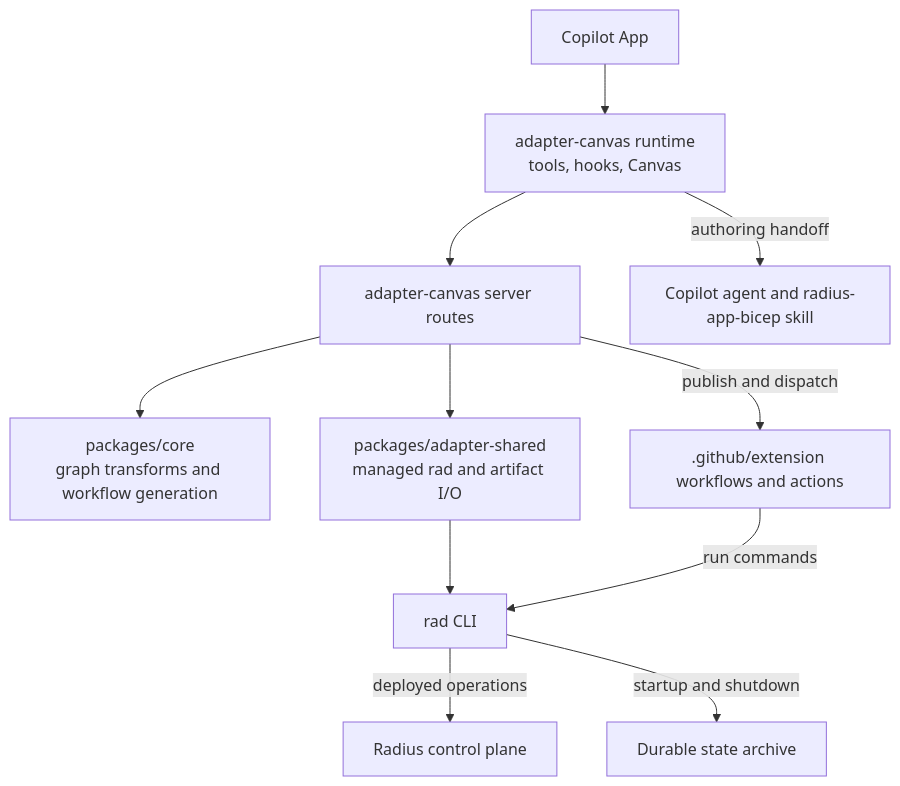
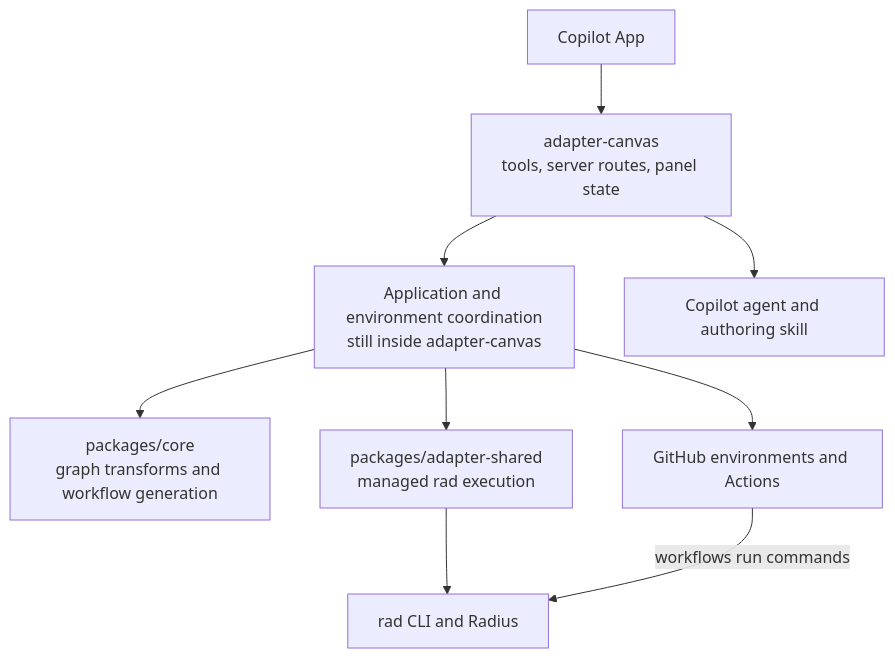
Before and after one commit to radius-project/radius: the first of 4 diagrams in docs/architecture/repo-radius.md, drawn with Mermaid. The commit also changed other lines of this file and 1 other file, not shown here.

Commit message:
docs: reframe GitHub Radius as a reusable library refactor

````diff
--- a/docs/architecture/repo-radius.md
+++ b/docs/architecture/repo-radius.md
@@ -35,23 +54,19 @@
 ```mermaid
 graph TD
     App["Copilot App"]
-    Runtime["adapter-canvas runtime<br/>tools, hooks, Canvas"]
-    Routes["adapter-canvas server routes"]
+    Canvas["adapter-canvas<br/>tools, server routes, panel state"]
+    Logic["Application and environment coordination<br/>still inside adapter-canvas"]
     Core["packages/core<br/>graph transforms and workflow generation"]
-    Shared["packages/adapter-shared<br/>managed rad and artifact I/O"]
-    Agent["Copilot agent and radius-app-bicep skill"]
-    Actions[".github/extension workflows and actions"]
-    Rad["rad CLI"]
-    Plane["Radius control plane"]
-    State["Durable state archive"]
-    App --> Runtime
-    Runtime --> Routes
-    Runtime -->|"authoring handoff"| Agent
-    Routes --> Core
-    Routes --> Shared
+    Shared["packages/adapter-shared<br/>managed rad execution"]
+    Agent["Copilot agent and authoring skill"]
+    GitHub["GitHub environments and Actions"]
+    Rad["rad CLI and Radius"]
+    App --> Canvas
+    Canvas --> Logic
+    Canvas --> Agent
+    Logic --> Core
+    Logic --> Shared
+    Logic --> GitHub
     Shared --> Rad
-    Routes -->|"publish and dispatch"| Actions
-    Actions -->|"run commands"| Rad
-    Rad -->|"deployed operations"| Plane
-    Rad -->|"startup and shutdown"| State
+    GitHub -->|"workflows run commands"| Rad
 ```
````
